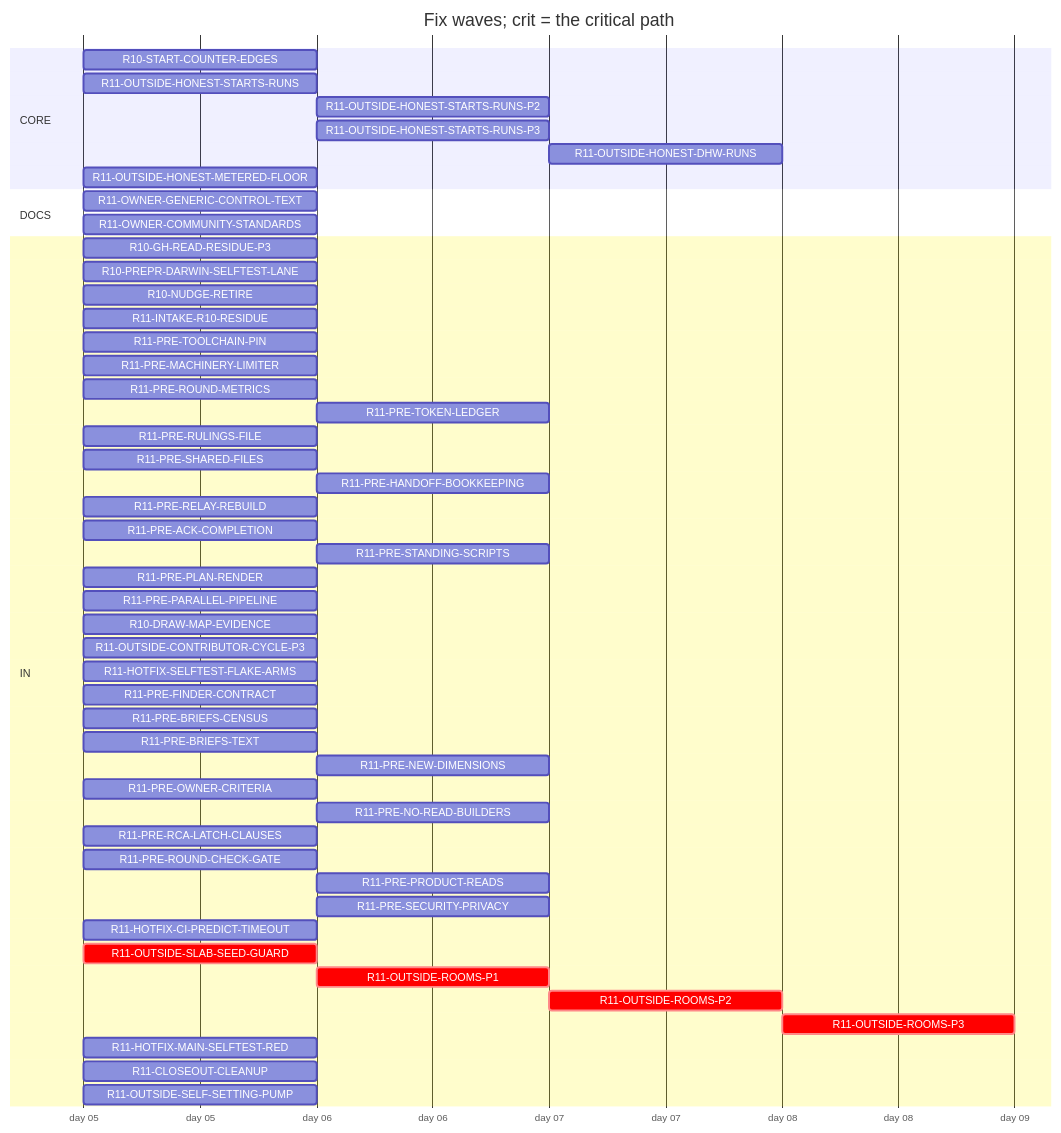
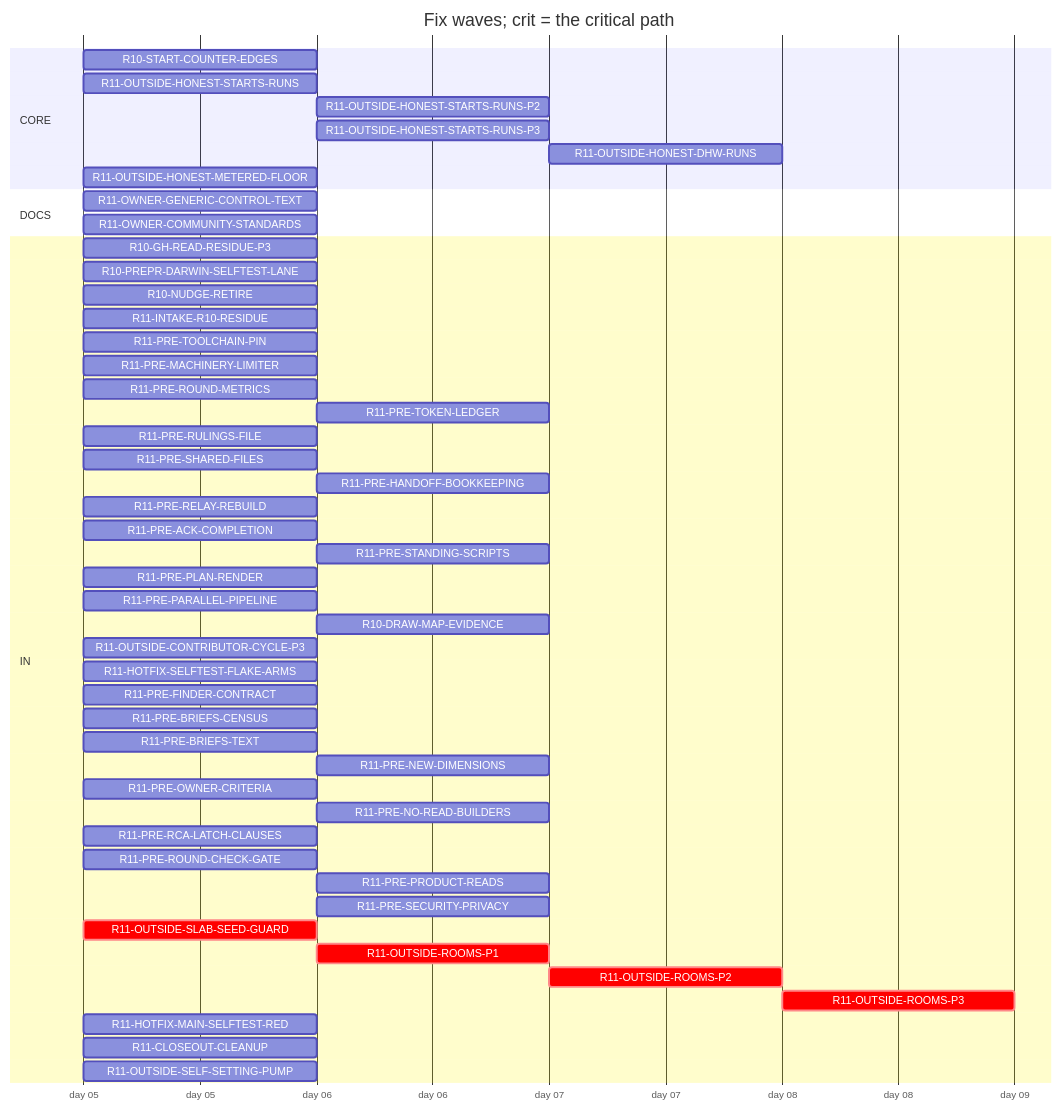
Before and after one commit to tvofi/heatpump_optimizer: the diagram in handoff/round11/state/PLAN-TABLE.md, drawn with Mermaid. The commit also changed other lines of this file and 4 other files, not shown here.

Commit message:
state: FLOW-BOARD.md, NEXT-SESSION-PROMPT.md, PLAN-TABLE.md, PLAN.html, RESUME-CURRENT.md regenerated (state_docs.py)

````diff
--- a/handoff/round11/state/PLAN-TABLE.md
+++ b/handoff/round11/state/PLAN-TABLE.md
@@ -16,54 +16,53 @@
 ```mermaid
 gantt
   title Fix waves; crit = the critical path
   dateFormat YYYY-MM-DD
   axisFormat day %d
   section CORE
     R10-START-COUNTER-EDGES :r10STARTCOUNTEREDGES, 2026-01-05, 1d
     R11-OUTSIDE-HONEST-STARTS-RUNS :r11OUTSIDEHONESTSTARTSRUNS, 2026-01-05, 1d
     R11-OUTSIDE-HONEST-STARTS-RUNS-P2 :r11OUTSIDEHONESTSTARTSRUNSP2, after r11OUTSIDEHONESTSTARTSRUNS, 1d
     R11-OUTSIDE-HONEST-STARTS-RUNS-P3 :r11OUTSIDEHONESTSTARTSRUNSP3, after r11OUTSIDEHONESTSTARTSRUNS, 1d
     R11-OUTSIDE-HONEST-DHW-RUNS :r11OUTSIDEHONESTDHWRUNS, after r11OUTSIDEHONESTSTARTSRUNS r11OUTSIDEHONESTSTARTSRUNSP2, 1d
     R11-OUTSIDE-HONEST-METERED-FLOOR :r11OUTSIDEHONESTMETEREDFLOOR, 2026-01-05, 1d
   section DOCS
     R11-OWNER-GENERIC-CONTROL-TEXT :r11OWNERGENERICCONTROLTEXT, 2026-01-05, 1d
     R11-OWNER-COMMUNITY-STANDARDS :r11OWNERCOMMUNITYSTANDARDS, 2026-01-05, 1d
   section IN
     R10-GH-READ-RESIDUE-P3 :r10GHREADRESIDUEP3, 2026-01-05, 1d
     R10-PREPR-DARWIN-SELFTEST-LANE :r10PREPRDARWINSELFTESTLANE, 2026-01-05, 1d
     R10-NUDGE-RETIRE :r10NUDGERETIRE, 2026-01-05, 1d
     R11-INTAKE-R10-RESIDUE :r11INTAKER10RESIDUE, 2026-01-05, 1d
     R11-PRE-TOOLCHAIN-PIN :r11PRETOOLCHAINPIN, 2026-01-05, 1d
     R11-PRE-MACHINERY-LIMITER :r11PREMACHINERYLIMITER, 2026-01-05, 1d
     R11-PRE-ROUND-METRICS :r11PREROUNDMETRICS, 2026-01-05, 1d
     R11-PRE-TOKEN-LEDGER :r11PRETOKENLEDGER, after r10GHREADRESIDUEP3, 1d
     R11-PRE-RULINGS-FILE :r11PRERULINGSFILE, 2026-01-05, 1d
     R11-PRE-SHARED-FILES :r11PRESHAREDFILES, 2026-01-05, 1d
     R11-PRE-HANDOFF-BOOKKEEPING :r11PREHANDOFFBOOKKEEPING, after r11PRERELAYREBUILD, 1d
     R11-PRE-RELAY-REBUILD :r11PRERELAYREBUILD, 2026-01-05, 1d
     R11-PRE-ACK-COMPLETION :r11PREACKCOMPLETION, 2026-01-05, 1d
     R11-PRE-STANDING-SCRIPTS :r11PRESTANDINGSCRIPTS, after r11PREPARALLELPIPELINE, 1d
     R11-PRE-PLAN-RENDER :r11PREPLANRENDER, 2026-01-05, 1d
     R11-PRE-PARALLEL-PIPELINE :r11PREPARALLELPIPELINE, 2026-01-05, 1d
-    R10-DRAW-MAP-EVIDENCE :r10DRAWMAPEVIDENCE, 2026-01-05, 1d
+    R10-DRAW-MAP-EVIDENCE :r10DRAWMAPEVIDENCE, after r11OUTSIDESELFSETTINGPUMP, 1d
     R11-OUTSIDE-CONTRIBUTOR-CYCLE-P3 :r11OUTSIDECONTRIBUTORCYCLEP3, 2026-01-05, 1d
     R11-HOTFIX-SELFTEST-FLAKE-ARMS :r11HOTFIXSELFTESTFLAKEARMS, 2026-01-05, 1d
     R11-PRE-FINDER-CONTRACT :r11PREFINDERCONTRACT, 2026-01-05, 1d
     R11-PRE-BRIEFS-CENSUS :r11PREBRIEFSCENSUS, 2026-01-05, 1d
     R11-PRE-BRIEFS-TEXT :r11PREBRIEFSTEXT, 2026-01-05, 1d
     R11-PRE-NEW-DIMENSIONS :r11PRENEWDIMENSIONS, after r11PREFINDERCONTRACT r11PREBRIEFSCENSUS, 1d
     R11-PRE-OWNER-CRITERIA :r11PREOWNERCRITERIA, 2026-01-05, 1d
     R11-PRE-NO-READ-BUILDERS :r11PRENOREADBUILDERS, after r11PREMACHINERYLIMITER, 1d
     R11-PRE-RCA-LATCH-CLAUSES :r11PRERCALATCHCLAUSES, 2026-01-05, 1d
     R11-PRE-ROUND-CHECK-GATE :r11PREROUNDCHECKGATE, 2026-01-05, 1d
     R11-PRE-PRODUCT-READS :r11PREPRODUCTREADS, after r11PREBRIEFSCENSUS, 1d
     R11-PRE-SECURITY-PRIVACY :r11PRESECURITYPRIVACY, after r11PREFINDERCONTRACT r11PREBRIEFSCENSUS, 1d
-    R11-HOTFIX-CI-PREDICT-TIMEOUT :r11HOTFIXCIPREDICTTIMEOUT, 2026-01-05, 1d
     R11-OUTSIDE-SLAB-SEED-GUARD :crit, r11OUTSIDESLABSEEDGUARD, 2026-01-05, 1d
     R11-OUTSIDE-ROOMS-P1 :crit, r11OUTSIDEROOMSP1, after r11OUTSIDESLABSEEDGUARD, 1d
     R11-OUTSIDE-ROOMS-P2 :crit, r11OUTSIDEROOMSP2, after r11OUTSIDEROOMSP1, 1d
     R11-OUTSIDE-ROOMS-P3 :crit, r11OUTSIDEROOMSP3, after r11OUTSIDEROOMSP2, 1d
     R11-HOTFIX-MAIN-SELFTEST-RED :r11HOTFIXMAINSELFTESTRED, 2026-01-05, 1d
     R11-CLOSEOUT-CLEANUP :r11CLOSEOUTCLEANUP, 2026-01-05, 1d
     R11-OUTSIDE-SELF-SETTING-PUMP :r11OUTSIDESELFSETTINGPUMP, 2026-01-05, 1d
 ```
````
